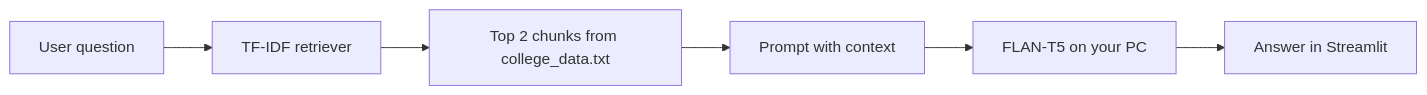
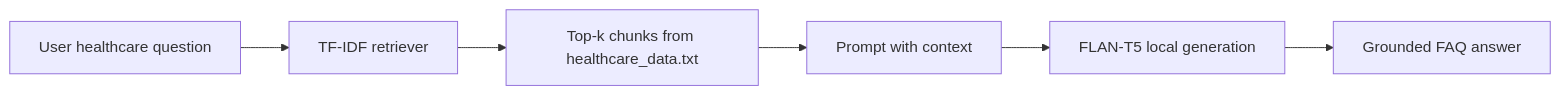
Before and after one commit to krishnavinu/healthcare_rag_chatbot: the diagram in README.md, drawn with Mermaid. The commit also changed other lines of this file and 10 other files, not shown here.

````diff
--- a/README.md
+++ b/README.md
@@ -97,8 +20,8 @@
 ```mermaid
 flowchart LR
-    A[User question] --> B[TF-IDF retriever]
-    B --> C[Top 2 chunks from college_data.txt]
+    A[User healthcare question] --> B[TF-IDF retriever]
+    B --> C[Top-k chunks from healthcare_data.txt]
     C --> D[Prompt with context]
-    D --> E[FLAN-T5 on your PC]
-    E --> F[Answer in Streamlit]
+    D --> E[FLAN-T5 local generation]
+    E --> F[Grounded FAQ answer]
 ```
````
